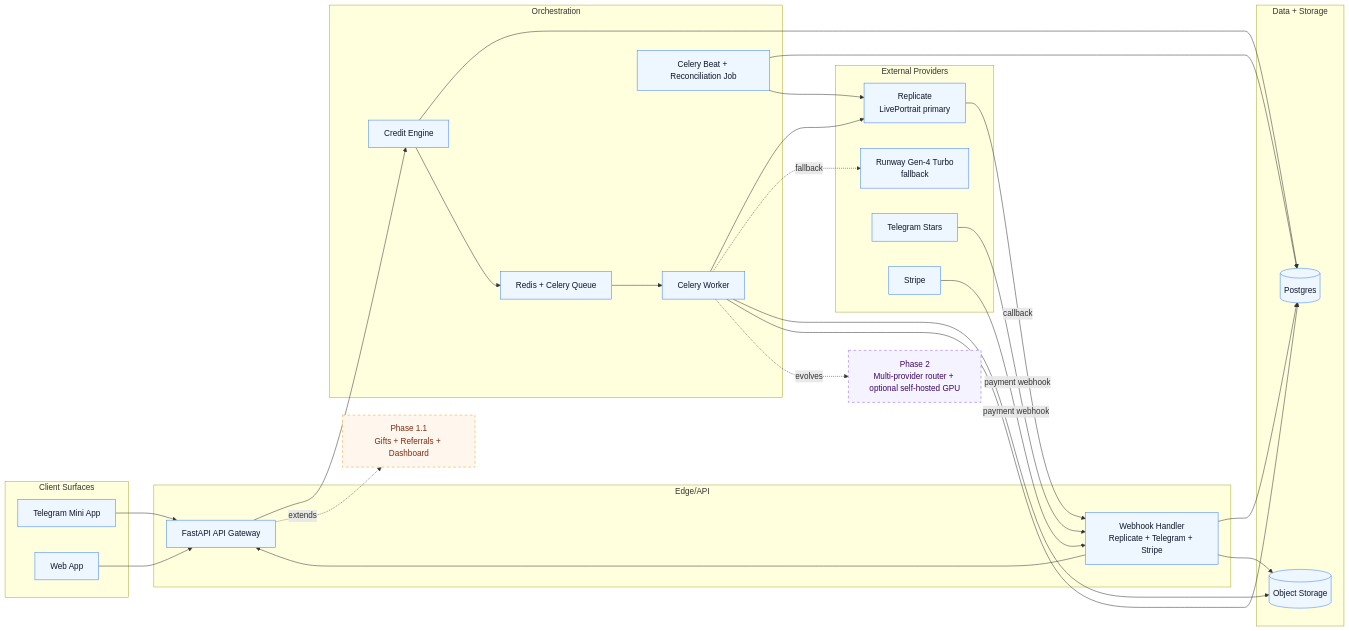
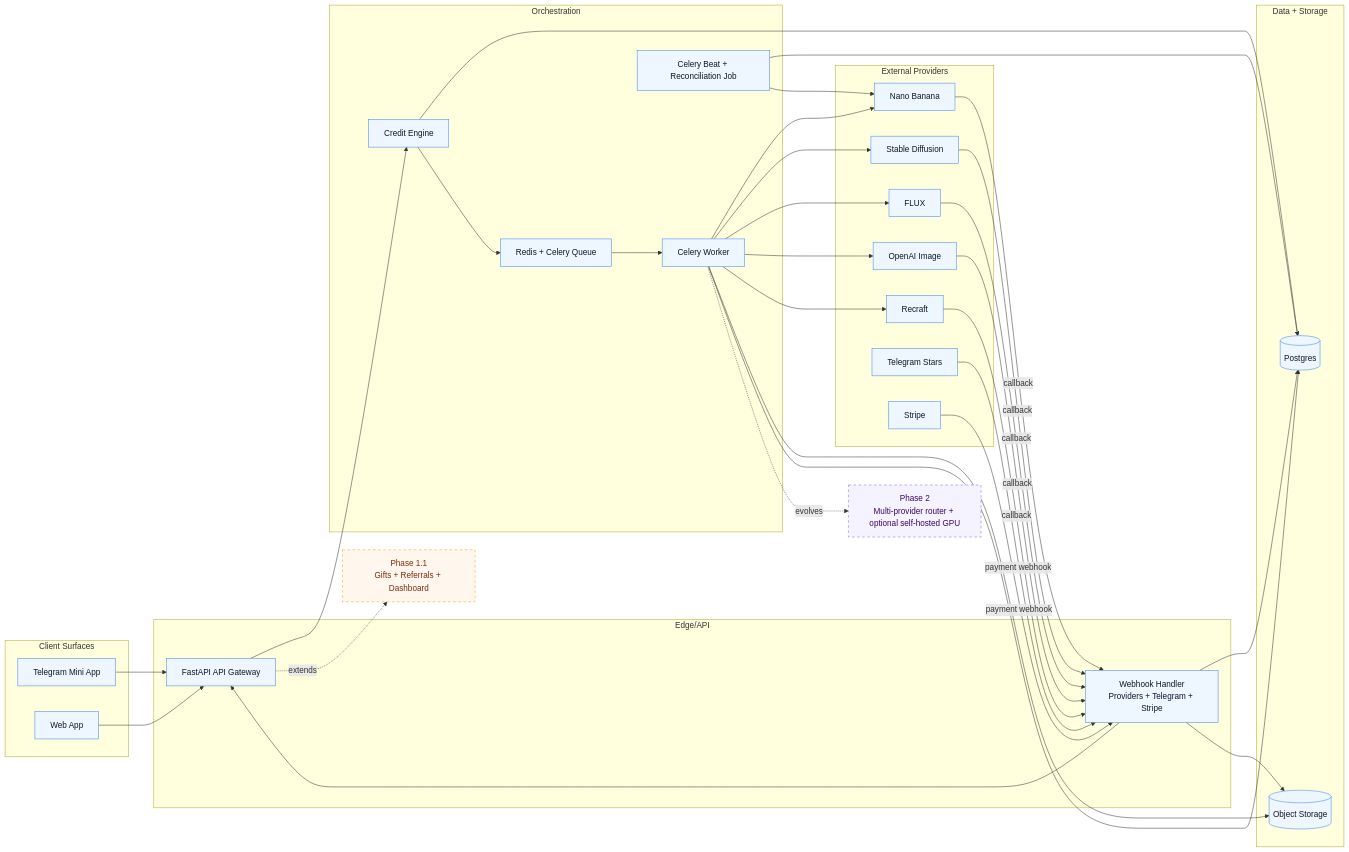
One commit to po-dzin/persona-ai changed the first of 2 diagrams in specs/06_technical_architecture_diagrams.md. Above: the diagram before and after it, drawn with Mermaid. The commit also changed other lines of this file and 81 other files, not shown here.

Commit message:
Phase 1 photo-first migration: providers, contracts, API, web flow

````diff
--- a/specs/06_technical_architecture_diagrams.md
+++ b/specs/06_technical_architecture_diagrams.md
@@ -7,64 +7,74 @@
 ```mermaid
 flowchart LR
   classDef mvp fill:#eef6ff,stroke:#3b82f6,stroke-width:1px,color:#0f172a;
   classDef p11 fill:#fff7ed,stroke:#f59e0b,stroke-dasharray: 5 5,color:#7c2d12;
   classDef p2 fill:#f5f3ff,stroke:#8b5cf6,stroke-dasharray: 5 5,color:#3b0764;
 
   subgraph C[Client Surfaces]
     MA[Telegram Mini App]
     WEB[Web App]
   end
 
   subgraph E[Edge/API]
     API[FastAPI API Gateway]
-    WH[Webhook Handler\nReplicate + Telegram + Stripe]
+    WH[Webhook Handler\nProviders + Telegram + Stripe]
   end
 
   subgraph O[Orchestration]
     CE[Credit Engine]
     Q[Redis + Celery Queue]
     W[Celery Worker]
     RC[Celery Beat + Reconciliation Job]
   end
 
   subgraph D[Data + Storage]
     DB[(Postgres)]
     OBJ[(Object Storage)]
   end
 
   subgraph X[External Providers]
-    REP[Replicate\nLivePortrait primary]
-    RW[Runway Gen-4 Turbo\nfallback]
+    NB[Nano Banana]
+    SD[Stable Diffusion]
+    FL[FLUX]
+    OI[OpenAI Image]
+    RCF[Recraft]
     TG[Telegram Stars]
     ST[Stripe]
   end
 
   MA --> API
   WEB --> API
   API --> CE
   CE --> DB
   CE --> Q
   Q --> W
-  W --> REP
-  W -. fallback .-> RW
+  W --> NB
+  W --> SD
+  W --> FL
+  W --> OI
+  W --> RCF
   W --> OBJ
   W --> DB
 
-  REP -->|callback| WH
+  NB -->|callback| WH
+  SD -->|callback| WH
+  FL -->|callback| WH
+  OI -->|callback| WH
+  RCF -->|callback| WH
   TG -->|payment webhook| WH
   ST -->|payment webhook| WH
   WH --> DB
   WH --> OBJ
   WH --> API
 
   RC --> DB
-  RC --> REP
+  RC --> NB
 
   P11[Phase 1.1\nGifts + Referrals + Dashboard]:::p11
   P2[Phase 2\nMulti-provider router + optional self-hosted GPU]:::p2
 
   API -. extends .-> P11
   W -. evolves .-> P2
 
-  class MA,WEB,API,WH,CE,Q,W,RC,DB,OBJ,REP,RW,TG,ST mvp;
+  class MA,WEB,API,WH,CE,Q,W,RC,DB,OBJ,NB,SD,FL,OI,RCF,TG,ST mvp;
 ```
````
